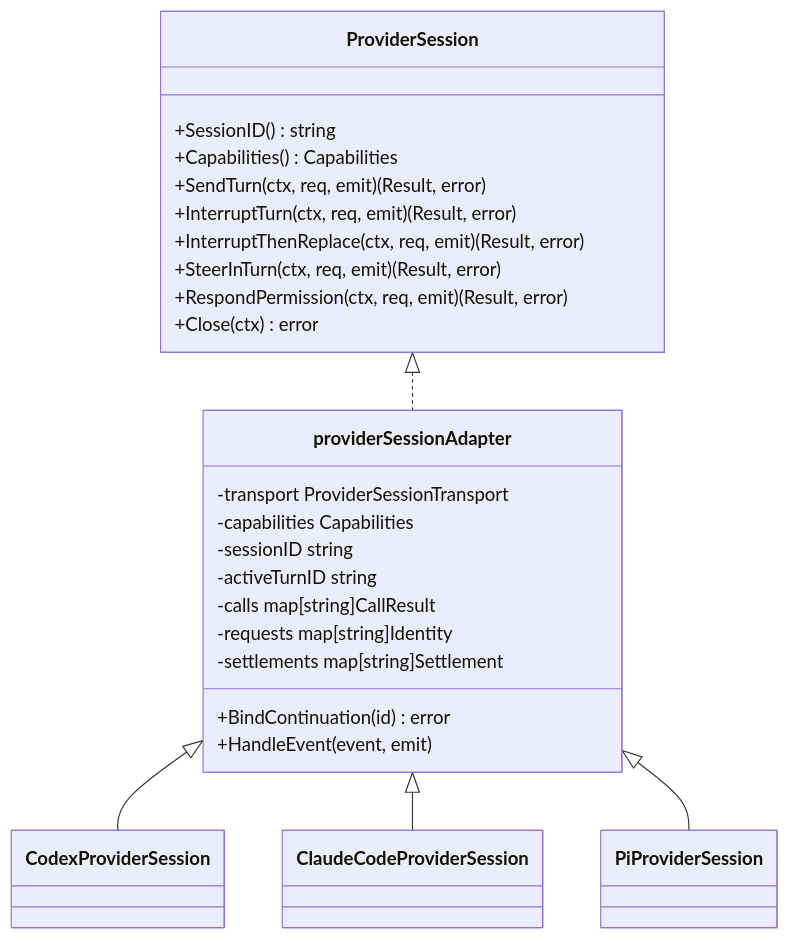
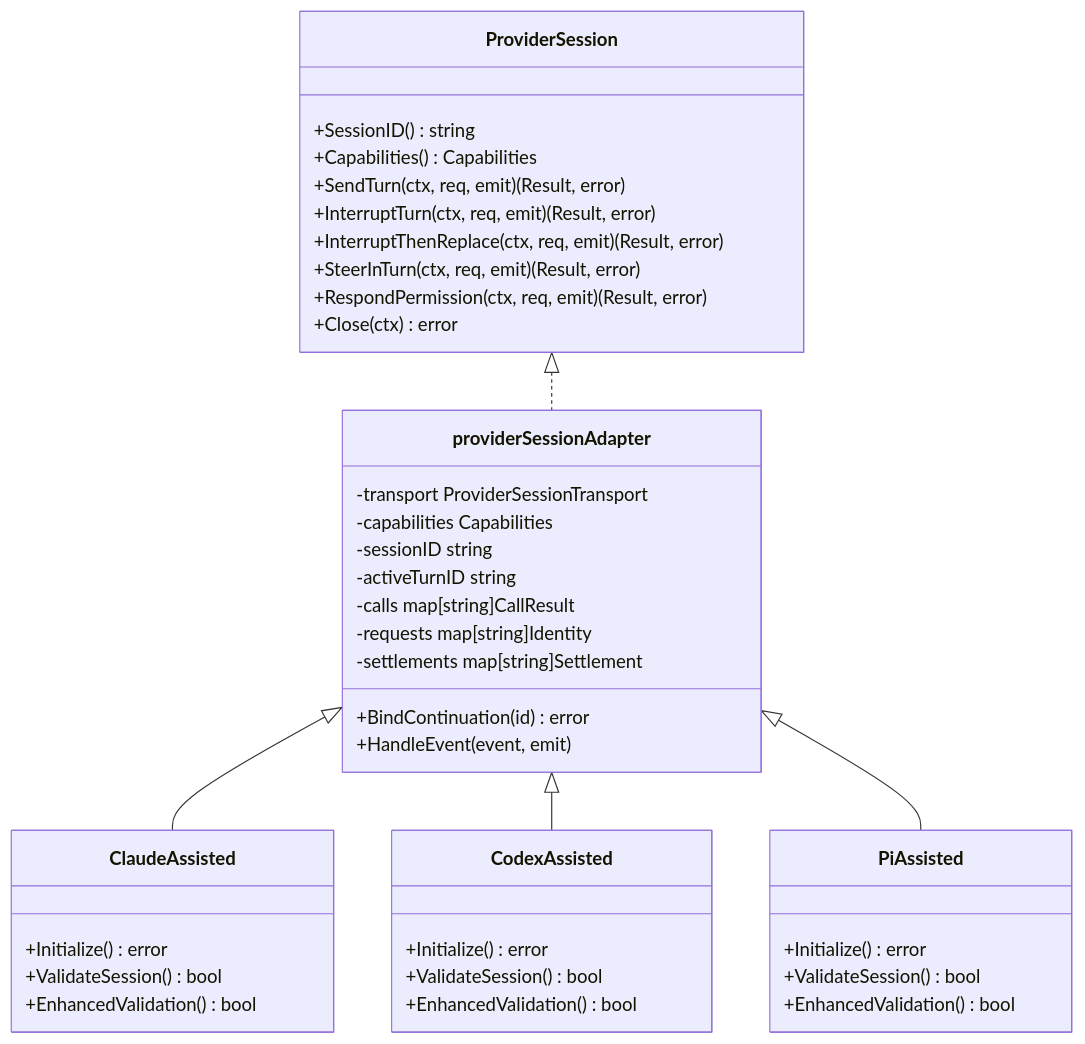
Before and after one commit to n1majne3/CyberPenda: the fourth of 7 diagrams in .qoder/repowiki/zh/content/运行时与沙箱/运行时抽象层.md, drawn with Mermaid. The commit also changed other lines of this file and 6 other files, not shown here.

````diff
--- a/.qoder/repowiki/zh/content/运行时与沙箱/运行时抽象层.md
+++ b/.qoder/repowiki/zh/content/运行时与沙箱/运行时抽象层.md
@@ -183,31 +207,43 @@
 ```mermaid
 classDiagram
 class ProviderSession {
 +SessionID() string
 +Capabilities() Capabilities
 +SendTurn(ctx, req, emit) (Result, error)
 +InterruptTurn(ctx, req, emit) (Result, error)
 +InterruptThenReplace(ctx, req, emit) (Result, error)
 +SteerInTurn(ctx, req, emit) (Result, error)
 +RespondPermission(ctx, req, emit) (Result, error)
 +Close(ctx) error
 }
 class providerSessionAdapter {
 -transport ProviderSessionTransport
 -capabilities Capabilities
 -sessionID string
 -activeTurnID string
 -calls map[string]CallResult
 -requests map[string]Identity
 -settlements map[string]Settlement
 +BindContinuation(id) error
 +HandleEvent(event, emit)
 }
-class CodexProviderSession
-class ClaudeCodeProviderSession
-class PiProviderSession
+class ClaudeAssisted {
++Initialize() error
++ValidateSession() bool
++EnhancedValidation() bool
+}
+class CodexAssisted {
++Initialize() error
++ValidateSession() bool
++EnhancedValidation() bool
+}
+class PiAssisted {
++Initialize() error
++ValidateSession() bool
++EnhancedValidation() bool
+}
 ProviderSession <|.. providerSessionAdapter
-providerSessionAdapter <|-- CodexProviderSession
-providerSessionAdapter <|-- ClaudeCodeProviderSession
-providerSessionAdapter <|-- PiProviderSession
+providerSessionAdapter <|-- ClaudeAssisted
+providerSessionAdapter <|-- CodexAssisted
+providerSessionAdapter <|-- PiAssisted
 ```
````
